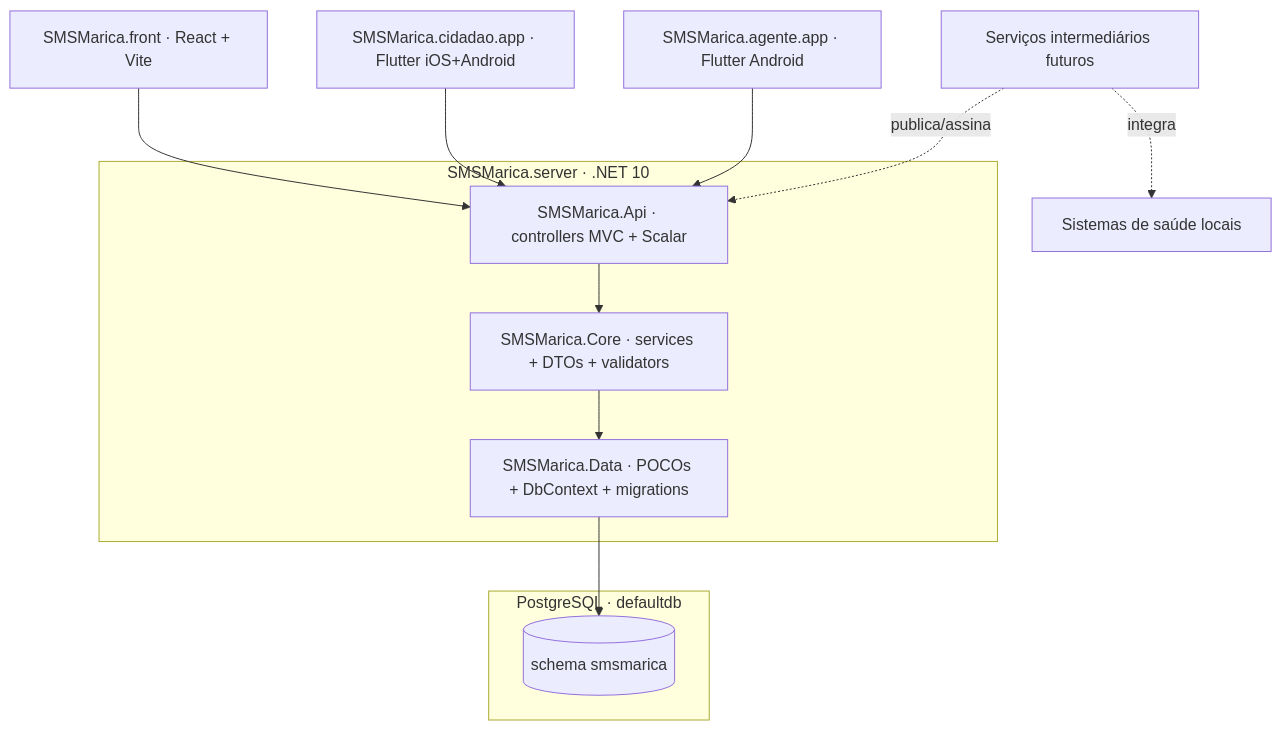
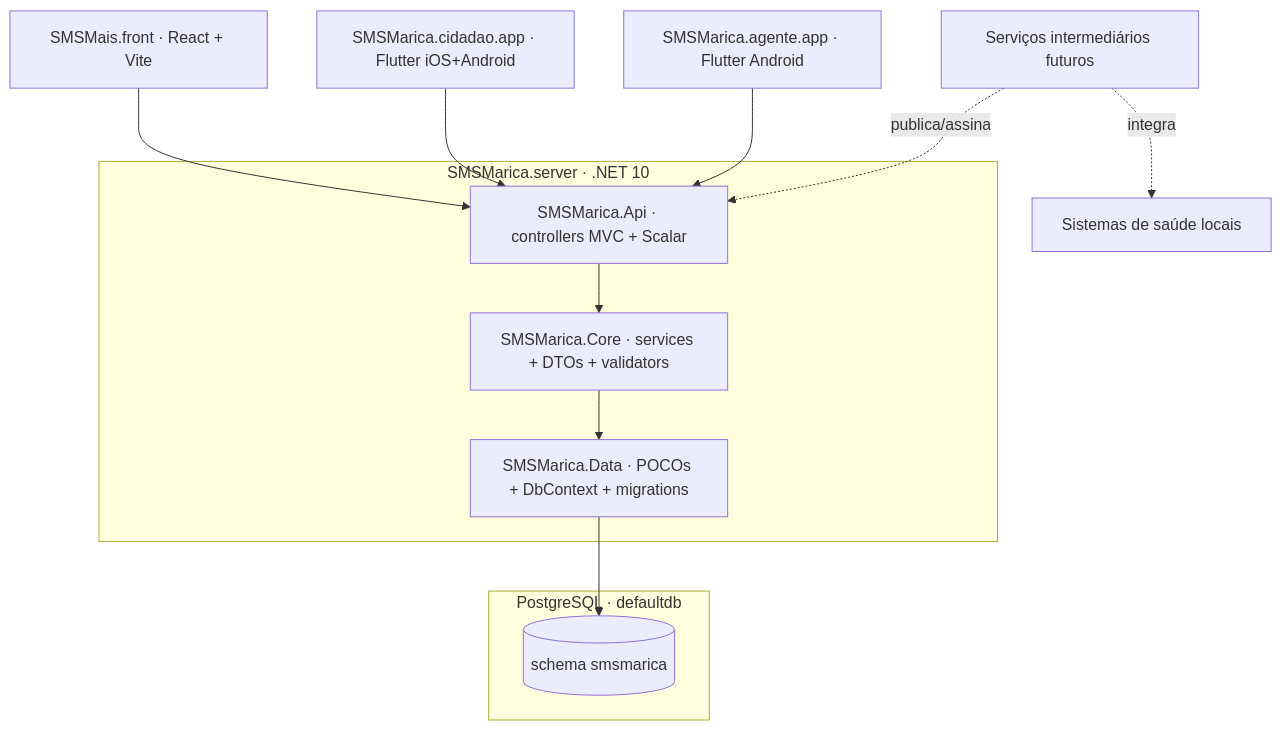
The diagram in docs/architecture.md (AutomaisIO/SMSMarica), drawn with Mermaid before and after one commit. The commit also changed other lines of this file and 506 other files, not shown here.

First line of the commit message:
refactor(rename): SMSMarica.front vira SMSMais.front — fatia 3

````diff
--- a/docs/architecture.md
+++ b/docs/architecture.md
@@ -7,27 +7,27 @@
 ```mermaid
 flowchart TB
   subgraph db [PostgreSQL · defaultdb]
     S[(schema smsmarica)]
   end
 
   subgraph server [SMSMarica.server · .NET 10]
     Api[SMSMarica.Api · controllers MVC + Scalar]
     Core[SMSMarica.Core · services + DTOs + validators]
     Data[SMSMarica.Data · POCOs + DbContext + migrations]
     Api --> Core --> Data
   end
 
-  Front[SMSMarica.front · React + Vite]
+  Front[SMSMais.front · React + Vite]
   Cidadao[SMSMarica.cidadao.app · Flutter iOS+Android]
   Agente[SMSMarica.agente.app · Flutter Android]
 
   Future[Serviços intermediários futuros]
   Legacy[Sistemas de saúde locais]
 
   Data --> S
   Front --> Api
   Cidadao --> Api
   Agente --> Api
   Future -.integra.-> Legacy
   Future -.publica/assina.-> Api
 ```
````
